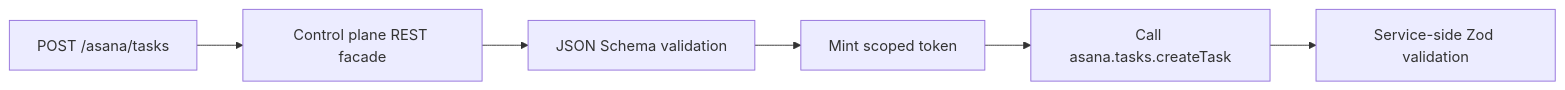
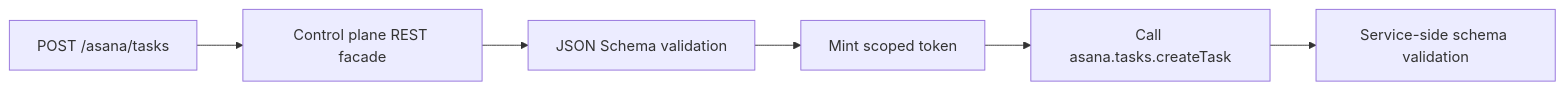
Before and after one commit to JUVOJustin/service-plane: the diagram in .apm/skills/service-plane/references/openapi-mcp.md, drawn with Mermaid. The commit also changed other lines of this file and 25 other files, not shown here.

````diff
--- a/.apm/skills/service-plane/references/openapi-mcp.md
+++ b/.apm/skills/service-plane/references/openapi-mcp.md
@@ -92,8 +92,8 @@
 ```mermaid
 flowchart LR
   HTTP["POST /asana/tasks"] --> Edge["Control plane REST facade"]
   Edge --> Validate["JSON Schema validation"]
   Validate --> Token["Mint scoped token"]
   Token --> RPC["Call asana.tasks.createTask"]
-  RPC --> Service["Service-side Zod validation"]
+  RPC --> Service["Service-side schema validation"]
 ```
````
